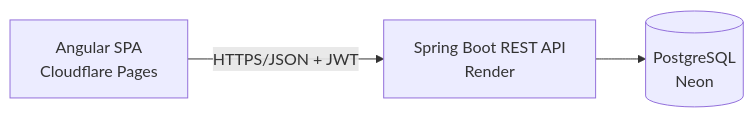
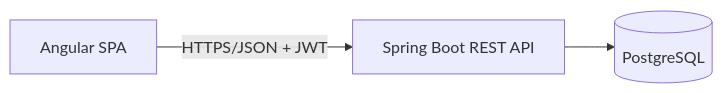
The diagram in README.md (agaaaptr/coopledger), drawn with Mermaid before and after one commit. The commit also changed other lines of this file and 9 other files, not shown here.

````diff
--- a/README.md
+++ b/README.md
@@ -43,5 +70,5 @@
 ```mermaid
 graph LR
-  A[Angular SPA<br/>Cloudflare Pages] -->|HTTPS/JSON + JWT| B[Spring Boot REST API<br/>Render]
-  B --> C[(PostgreSQL<br/>Neon)]
+  A[Angular SPA] -->|HTTPS/JSON + JWT| B[Spring Boot REST API]
+  B --> C[(PostgreSQL)]
 ```
````
